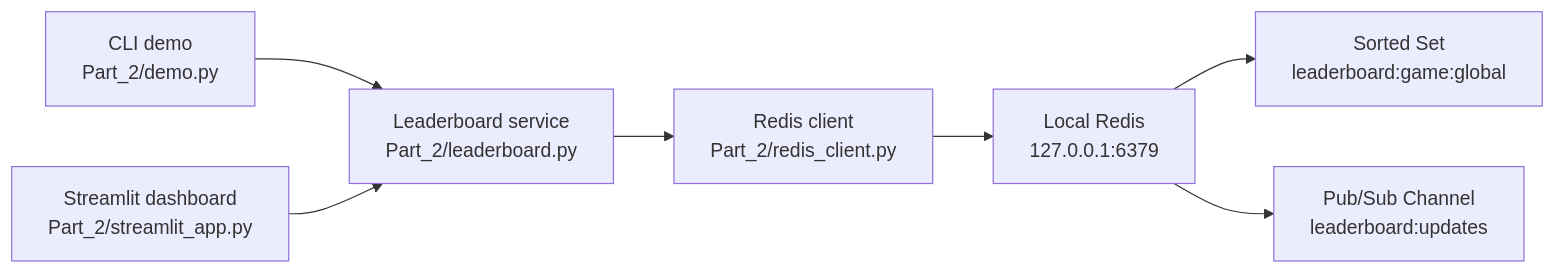
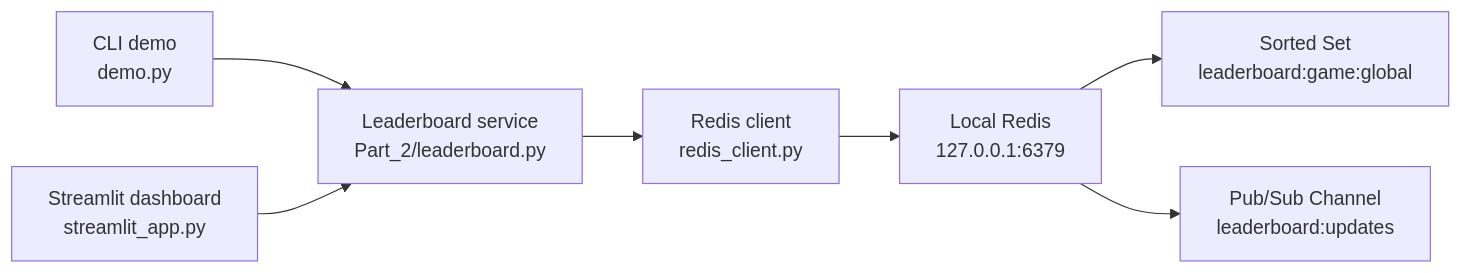
One commit to Abhishek-Jaiswal-Git/redis changed the diagram in README-Part2.md. Above: the diagram before and after it, drawn with Mermaid.

Commit message:
Added main Readme.md

````diff
--- a/README-Part2.md
+++ b/README-Part2.md
@@ -7,9 +7,9 @@
 ```mermaid
 flowchart LR
-    A["CLI demo<br/>Part_2/demo.py"] --> C["Leaderboard service<br/>Part_2/leaderboard.py"]
-    B["Streamlit dashboard<br/>Part_2/streamlit_app.py"] --> C
-    C --> D["Redis client<br/>Part_2/redis_client.py"]
+    A["CLI demo<br/>demo.py"] --> C["Leaderboard service<br/>Part_2/leaderboard.py"]
+    B["Streamlit dashboard<br/>streamlit_app.py"] --> C
+    C --> D["Redis client<br/>redis_client.py"]
     D --> E["Local Redis<br/>127.0.0.1:6379"]
     E --> F["Sorted Set<br/>leaderboard:game:global"]
     E --> G["Pub/Sub Channel<br/>leaderboard:updates"]
 ```
````
